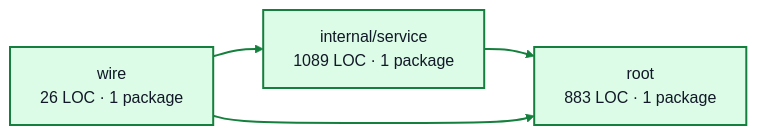
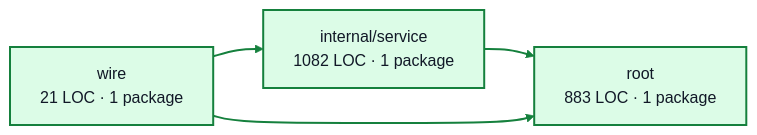
One commit to portpowered/you-agent-factory changed the diagram in docs/architecture/visualizations/services/events.md. Above: the diagram before and after it, drawn with Mermaid. The commit also changed other lines of this file and 20 other files, not shown here.

Commit message:
docs: refresh backend architecture visualizations

````diff
--- a/docs/architecture/visualizations/services/events.md
+++ b/docs/architecture/visualizations/services/events.md
@@ -11,13 +11,13 @@
 ```mermaid
 flowchart LR
-  p0["internal/service<br/>1089 LOC · 1 package"]
+  p0["internal/service<br/>1082 LOC · 1 package"]
   p1["root<br/>883 LOC · 1 package"]
-  p2["wire<br/>26 LOC · 1 package"]
+  p2["wire<br/>21 LOC · 1 package"]
   p0 --> p1
   p2 --> p0
   p2 --> p1
   style p0 fill:#dcfce7,stroke:#15803d,stroke-width:2px,color:#111827
   style p1 fill:#dcfce7,stroke:#15803d,stroke-width:2px,color:#111827
   style p2 fill:#dcfce7,stroke:#15803d,stroke-width:2px,color:#111827
   linkStyle default stroke:#15803d,stroke-width:2px
 ```
````
